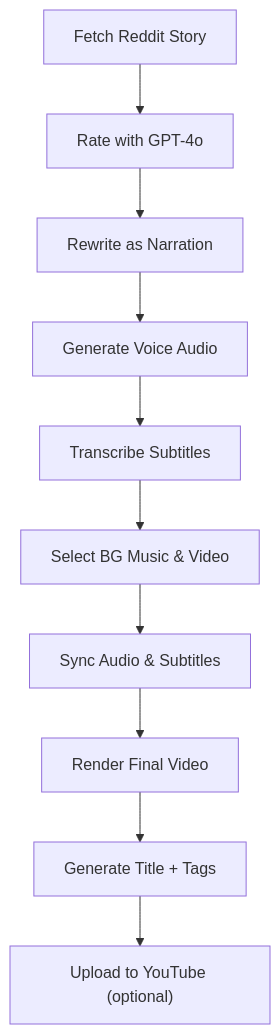
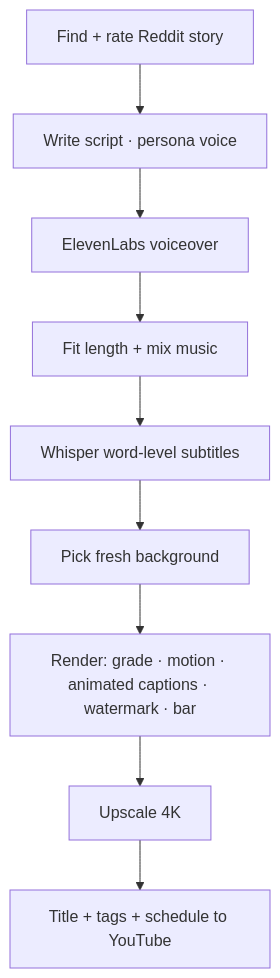
One commit to FrenchFive/K100DRA changed the diagram in README.md. Above: the diagram before and after it, drawn with Mermaid. The commit also changed other lines of this file and 27 other files, not shown here.

````diff
--- a/README.md
+++ b/README.md
@@ -30,12 +123,11 @@
 ```mermaid
 graph TD;
-    A[Fetch Reddit Story] --> B[Rate with GPT-4o];
-    B --> C[Rewrite as Narration];
-    C --> D[Generate Voice Audio];
-    D --> E[Transcribe Subtitles];
-    E --> F[Select BG Music & Video];
-    F --> G[Sync Audio & Subtitles];
-    G --> H[Render Final Video];
-    H --> I[Generate Title + Tags];
-    I --> J["Upload to YouTube (optional)"];
+  A[Find + rate Reddit story] --> B[Write script · persona voice];
+  B --> C[ElevenLabs voiceover];
+  C --> D[Fit length + mix music];
+  D --> E[Whisper word-level subtitles];
+  E --> F[Pick fresh background];
+  F --> G[Render: grade · motion · animated captions · watermark · bar];
+  G --> H[Upscale 4K];
+  H --> I[Title + tags + schedule to YouTube];
 ```
````
